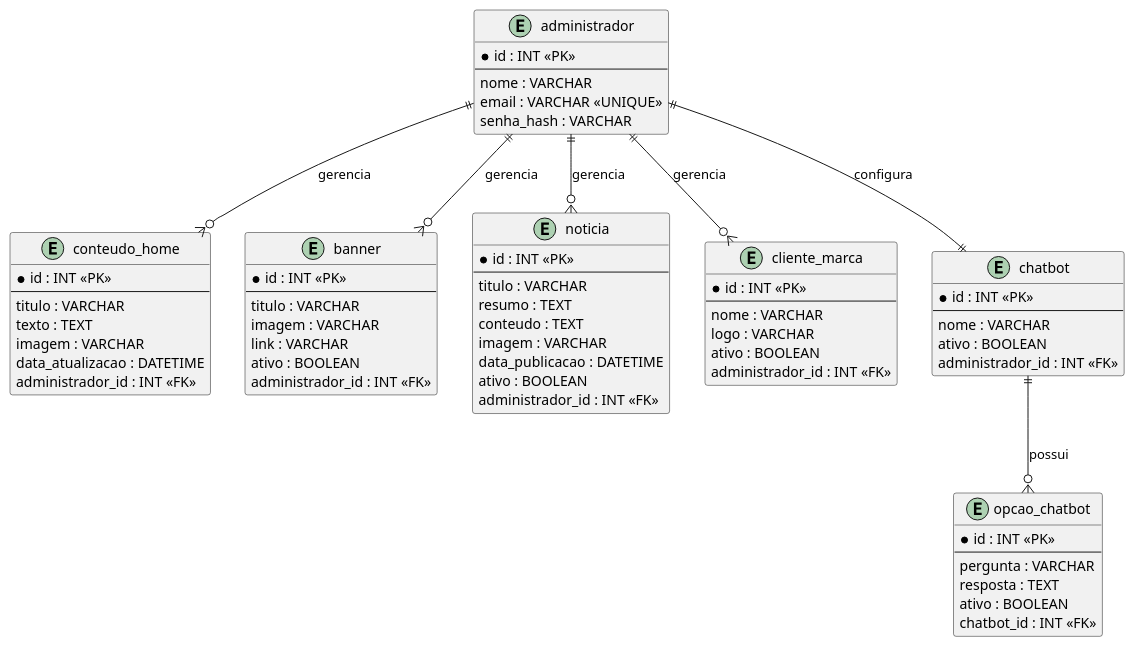
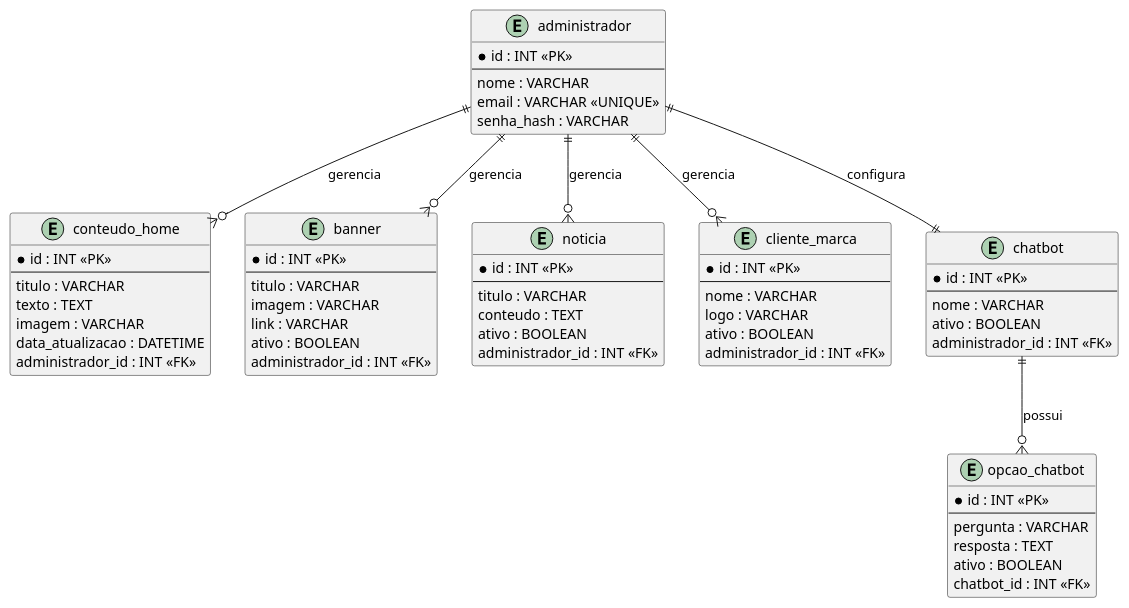
One commit to VitorSchwertner/Projeto_ConAle changed the diagram in docs/prd/modelo_de_dados.puml. Above: the diagram before and after it, drawn with PlantUML. The commit also changed 1 other file, not shown here.

```diff
--- a/docs/prd/modelo_de_dados.puml
+++ b/docs/prd/modelo_de_dados.puml
@@ -2,76 +2,73 @@
 @startuml
 
 entity administrador {
   * id : INT <<PK>>
   --
   nome : VARCHAR
   email : VARCHAR <<UNIQUE>>
   senha_hash : VARCHAR
 }
 
 entity conteudo_home {
   * id : INT <<PK>>
   --
   titulo : VARCHAR
   texto : TEXT
   imagem : VARCHAR
   data_atualizacao : DATETIME
   administrador_id : INT <<FK>>
 }
 
 entity banner {
   * id : INT <<PK>>
   --
   titulo : VARCHAR
   imagem : VARCHAR
   link : VARCHAR
   ativo : BOOLEAN
   administrador_id : INT <<FK>>
 }
 
 entity noticia {
   * id : INT <<PK>>
   --
   titulo : VARCHAR
-  resumo : TEXT
   conteudo : TEXT
-  imagem : VARCHAR
-  data_publicacao : DATETIME
   ativo : BOOLEAN
   administrador_id : INT <<FK>>
 }
 
 entity cliente_marca {
   * id : INT <<PK>>
   --
   nome : VARCHAR
   logo : VARCHAR
   ativo : BOOLEAN
   administrador_id : INT <<FK>>
 }
 
 entity chatbot {
   * id : INT <<PK>>
   --
   nome : VARCHAR
   ativo : BOOLEAN
   administrador_id : INT <<FK>>
 }
 
 entity opcao_chatbot {
   * id : INT <<PK>>
   --
   pergunta : VARCHAR
   resposta : TEXT
   ativo : BOOLEAN
   chatbot_id : INT <<FK>>
 }
 
 administrador ||--o{ conteudo_home : gerencia
 administrador ||--o{ banner : gerencia
 administrador ||--o{ noticia : gerencia
 administrador ||--o{ cliente_marca : gerencia
 administrador ||--|| chatbot : configura
 chatbot ||--o{ opcao_chatbot : possui
 
 @enduml
```
